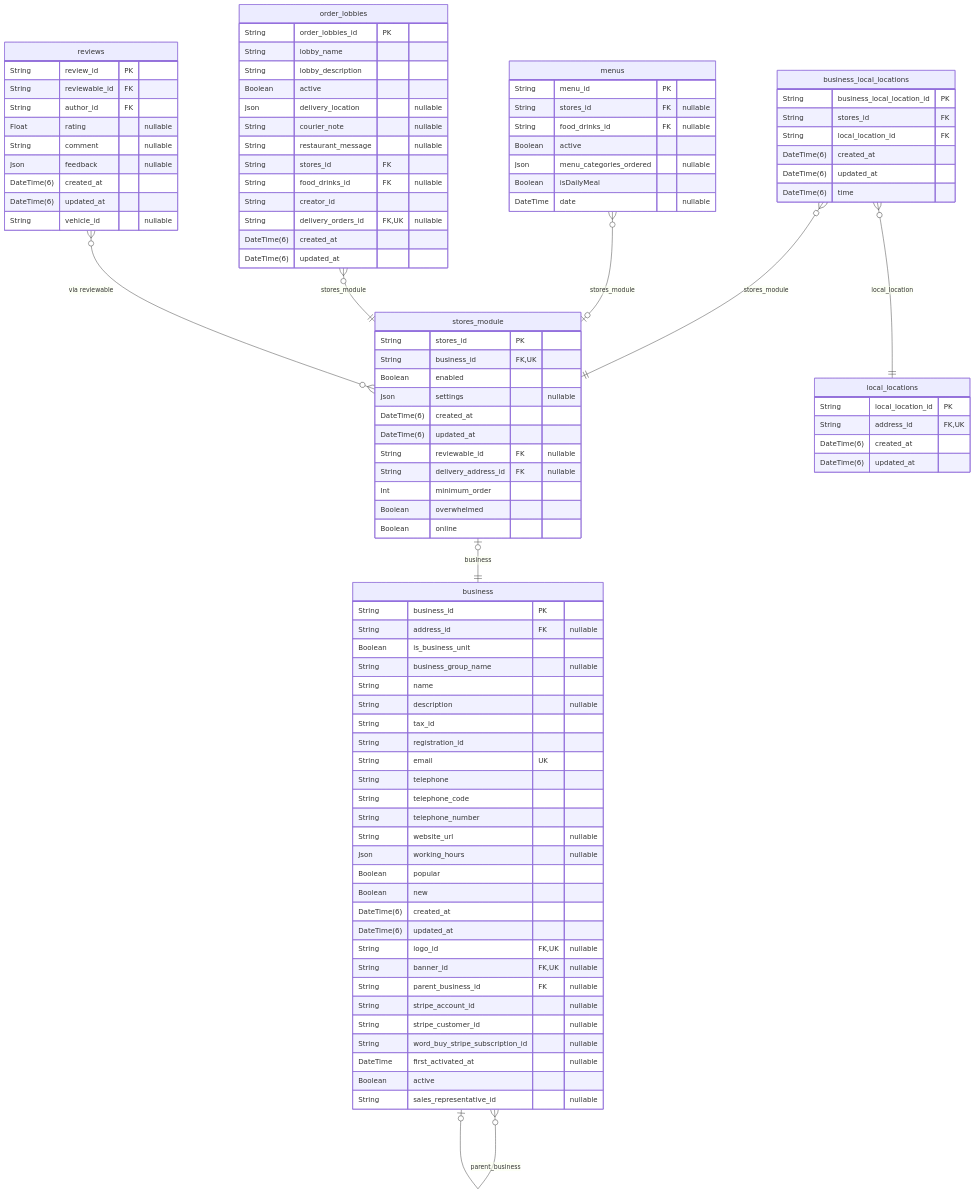
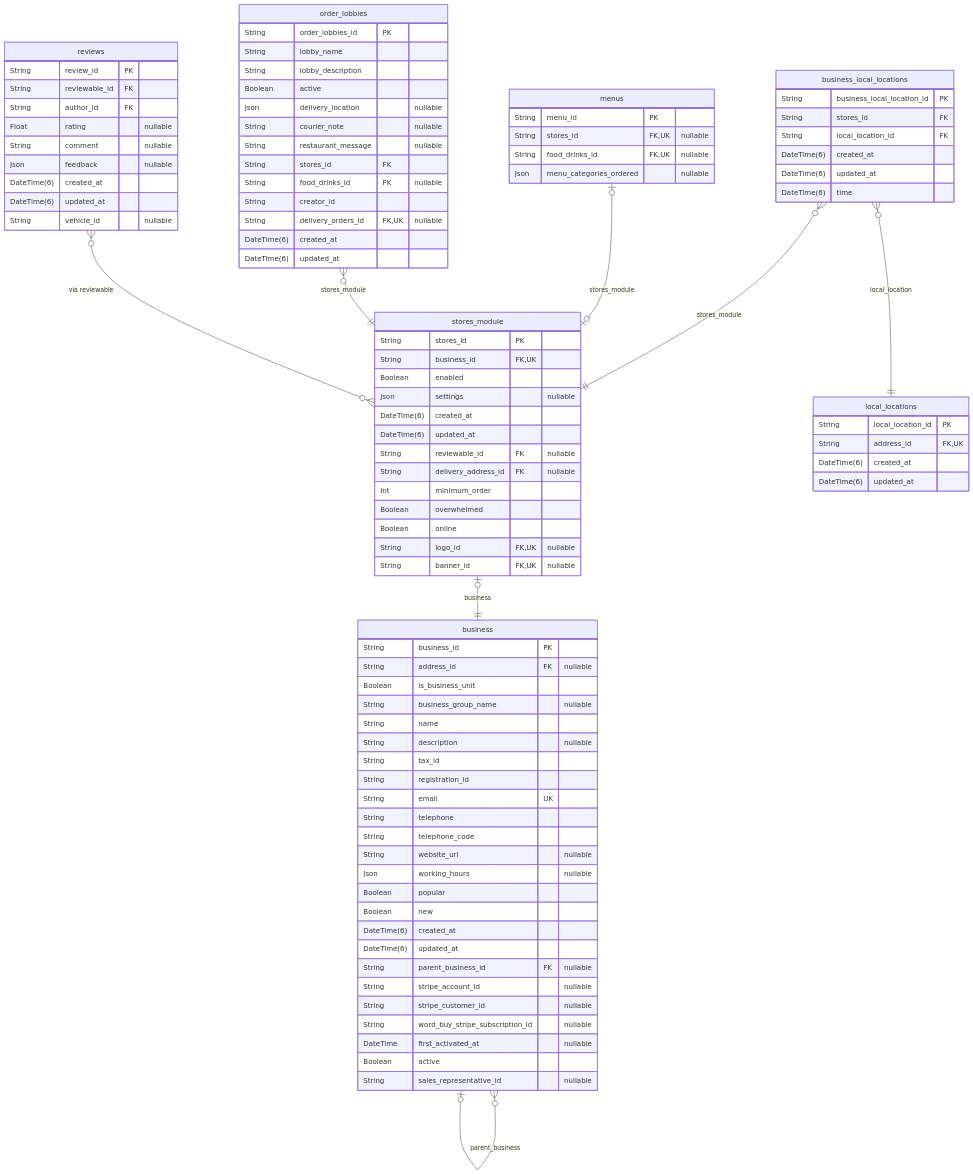
Before and after one commit to pbozic/be-analyisis: diagram 22 of 40 in prisma/schemas/ERD.md, drawn with Mermaid. The commit also changed other lines of this file and 23 other files, not shown here.

Commit message:
feature: updated daily meals menu + removed telephone_number + family/business invitation

````diff
--- a/prisma/schemas/ERD.md
+++ b/prisma/schemas/ERD.md
@@ -3546,6 +3720,8 @@
   Int minimum_order
   Boolean overwhelmed
   Boolean online
+  String logo_id FK,UK "nullable"
+  String banner_id FK,UK "nullable"
 }
 "business_local_locations" {
   String business_local_location_id PK
@@ -3573,15 +3749,12 @@
   String email UK
   String telephone
   String telephone_code
-  String telephone_number
   String website_url "nullable"
   Json working_hours "nullable"
   Boolean popular
   Boolean new
   DateTime(6) created_at
   DateTime(6) updated_at
-  String logo_id FK,UK "nullable"
-  String banner_id FK,UK "nullable"
   String parent_business_id FK "nullable"
   String stripe_account_id "nullable"
   String stripe_customer_id "nullable"
@@ -3603,12 +3776,9 @@
 }
 "menus" {
   String menu_id PK
-  String stores_id FK "nullable"
-  String food_drinks_id FK "nullable"
-  Boolean active
+  String stores_id FK,UK "nullable"
+  String food_drinks_id FK,UK "nullable"
   Json menu_categories_ordered "nullable"
-  Boolean isDailyMeal
-  DateTime date "nullable"
 }
 "order_lobbies" {
   String order_lobbies_id PK
@@ -3629,7 +3799,7 @@
 "business_local_locations" }o--|| "local_locations" : local_location
 "business_local_locations" }o--|| "stores_module" : stores_module
 "business" }o--o| "business" : parent_business
-"menus" }o--o| "stores_module" : stores_module
+"menus" |o--o| "stores_module" : stores_module
 "order_lobbies" }o--|| "stores_module" : stores_module
 "reviews" }o--o{ "stores_module" : "via reviewable"
 ```
````
